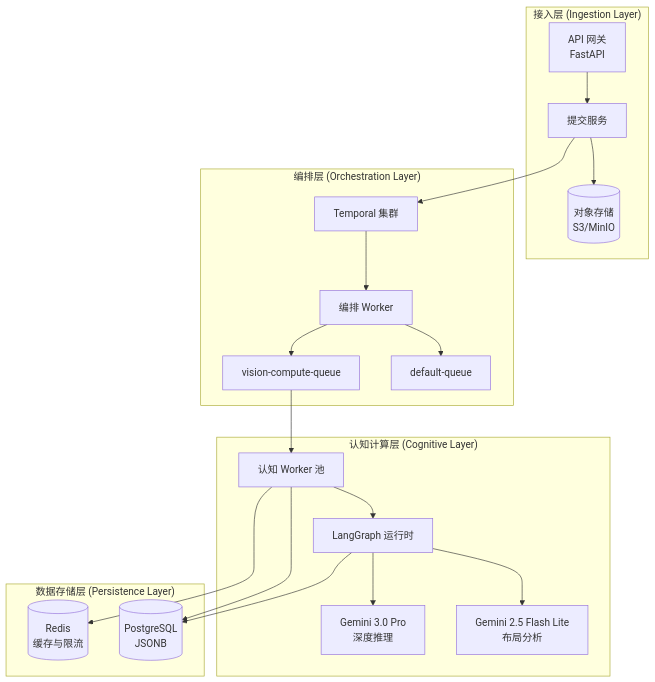
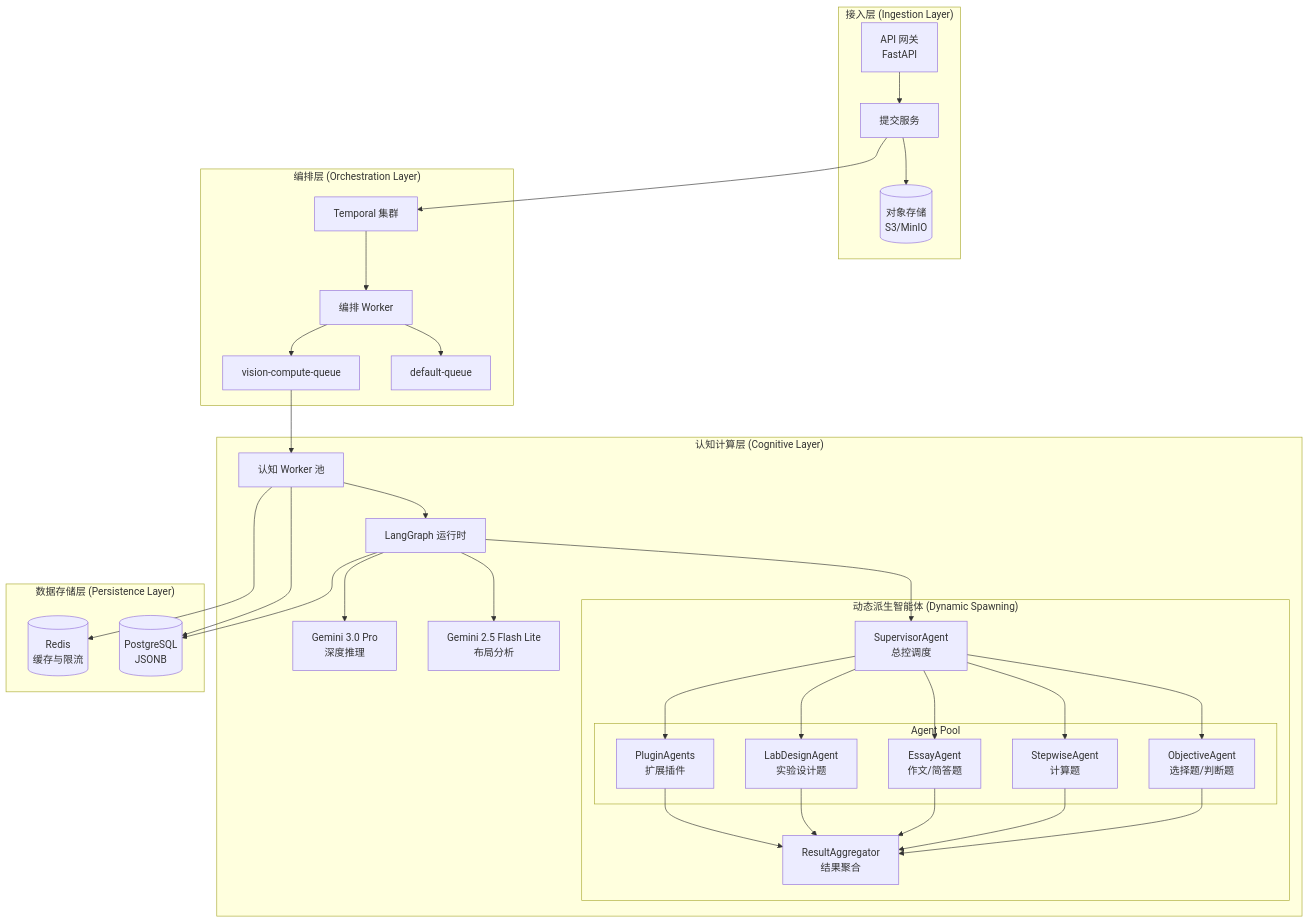
Before and after one commit to QWERTYjc/GradeOS: the first of 3 diagrams in 批改/.kiro/specs/ai-grading-agent/design.md, drawn with Mermaid. The commit also changed other lines of this file and 248 other files, not shown here.

````diff
--- a/批改/.kiro/specs/ai-grading-agent/design.md
+++ b/批改/.kiro/specs/ai-grading-agent/design.md
@@ -18,41 +20,65 @@
 ```mermaid
 graph TB
     subgraph "接入层 (Ingestion Layer)"
         API[API 网关<br/>FastAPI]
         SS[提交服务]
         S3[(对象存储<br/>S3/MinIO)]
     end
     
     subgraph "编排层 (Orchestration Layer)"
         TC[Temporal 集群]
         OW[编排 Worker]
         TQ1[default-queue]
         TQ2[vision-compute-queue]
     end
     
     subgraph "认知计算层 (Cognitive Layer)"
         CW[认知 Worker 池]
         LG[LangGraph 运行时]
+        
+        subgraph "动态派生智能体 (Dynamic Spawning)"
+            SA[SupervisorAgent<br/>总控调度]
+            subgraph "Agent Pool"
+                OA[ObjectiveAgent<br/>选择题/判断题]
+                SWA[StepwiseAgent<br/>计算题]
+                EA[EssayAgent<br/>作文/简答题]
+                LA[LabDesignAgent<br/>实验设计题]
+                PA[PluginAgents<br/>扩展插件]
+            end
+            RA[ResultAggregator<br/>结果聚合]
+        end
+        
         GM1[Gemini 2.5 Flash Lite<br/>布局分析]
         GM2[Gemini 3.0 Pro<br/>深度推理]
     end
     
     subgraph "数据存储层 (Persistence Layer)"
         PG[(PostgreSQL<br/>JSONB)]
         RD[(Redis<br/>缓存与限流)]
     end
     
     API --> SS
     SS --> S3
     SS --> TC
     TC --> OW
     OW --> TQ1
     OW --> TQ2
     TQ2 --> CW
     CW --> LG
+    LG --> SA
+    SA --> OA
+    SA --> SWA
+    SA --> EA
+    SA --> LA
+    SA --> PA
+    OA --> RA
+    SWA --> RA
+    EA --> RA
+    LA --> RA
+    PA --> RA
     LG --> GM1
     LG --> GM2
     CW --> PG
     CW --> RD
     LG --> PG
 ```
````
